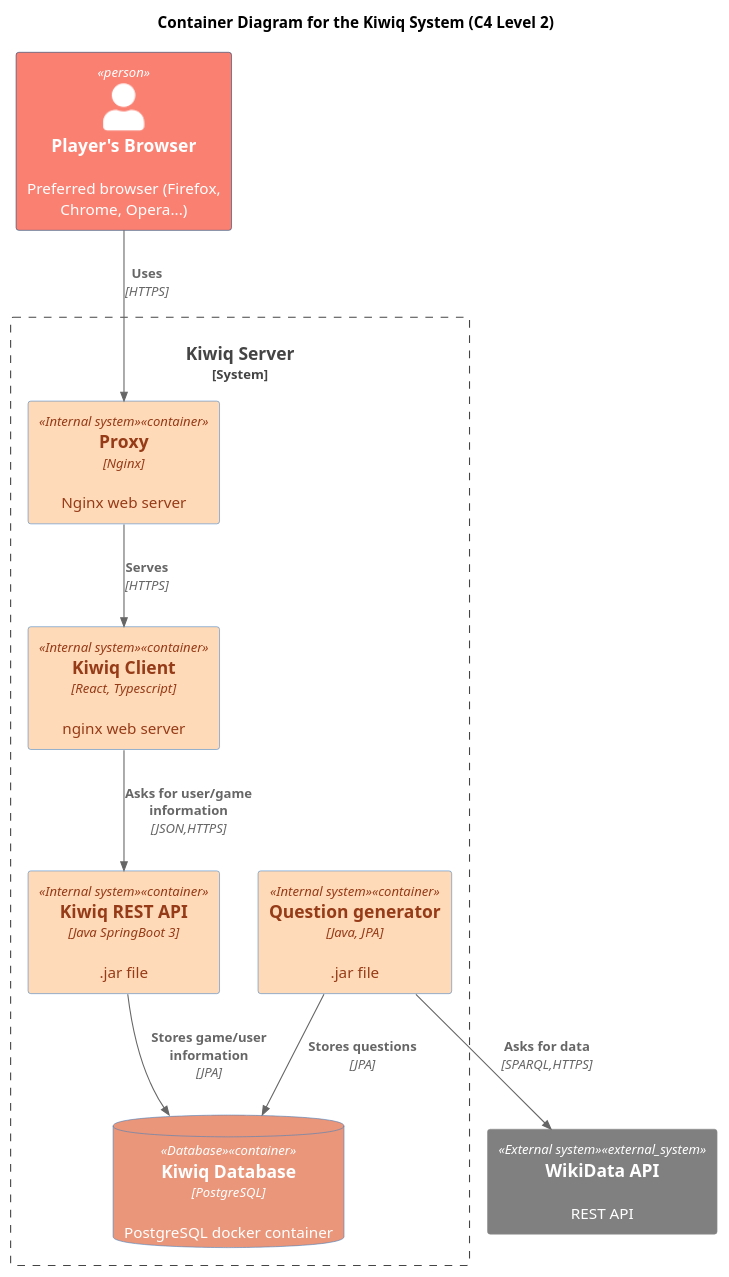
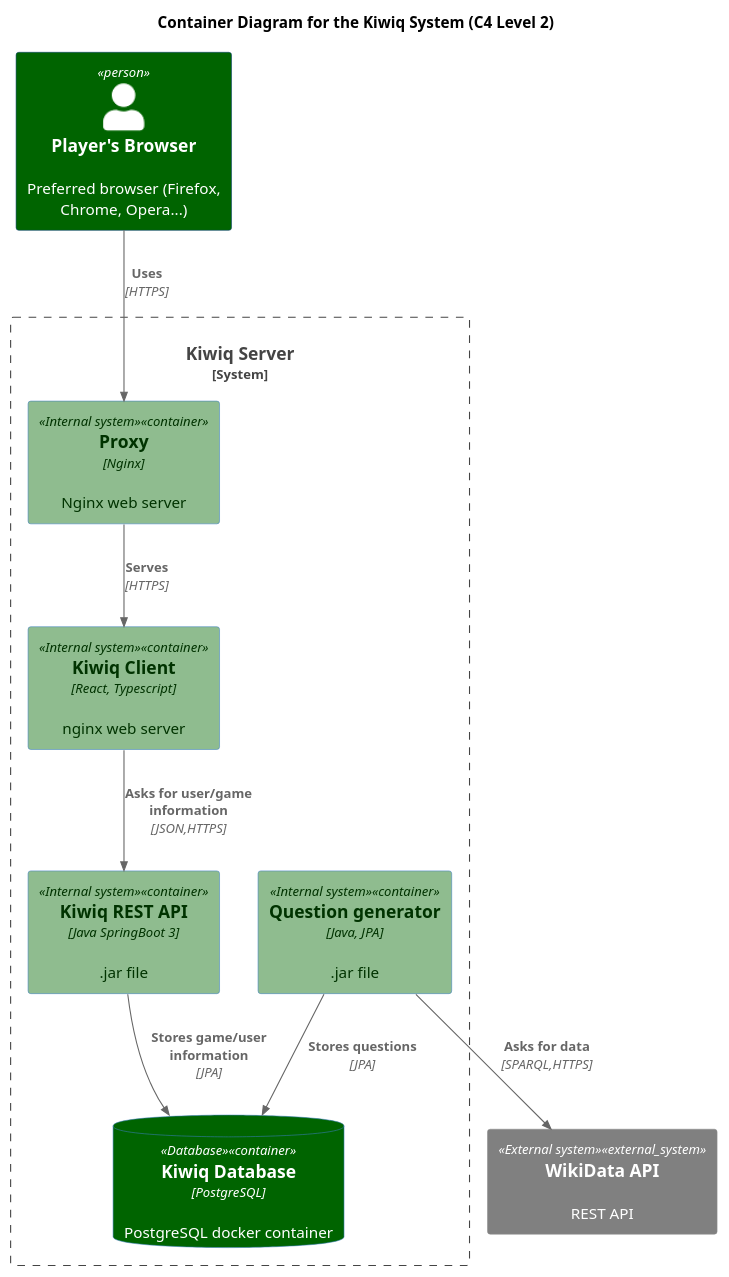
The diagram in docs/diagrams/c4/C4-Level2.puml (Arquisoft/wiq_en2b), drawn with PlantUML before and after one commit. The commit also changed 1 other file, not shown here.

```diff
--- a/docs/diagrams/c4/C4-Level2.puml
+++ b/docs/diagrams/c4/C4-Level2.puml
@@ -1,31 +1,32 @@
 @startuml
 !includeurl https://raw.githubusercontent.com/RicardoNiepel/C4-PlantUML/master/C4_Container.puml
 !include <c4/C4_Context.puml>
 
 title Container Diagram for the Kiwiq System (C4 Level 2)
-AddElementTag("Person", $bgColor="#salmon", $fontColor="#white")
-AddElementTag("Internal system", $bgColor="#peachpuff", $fontColor="#963b17")
+AddElementTag("Person", $bgColor="#darkgreen", $fontColor="#white")
+AddElementTag("Internal system", $bgColor="#darkseagreen", $fontColor="#003300")
 AddElementTag("External system", $bgColor="#gray", $fontColor="#white")
-AddElementTag("Database", $bgColor="#darksalmon", $fontColor="#white")
+AddElementTag("Database", $bgColor="#darkgreen", $fontColor="#white")
+AddElementTag("Component", $bgColor="#darkolivegreen", $fontColor="#white")
 'Containers
 Person(player, Player's Browser,"Preferred browser (Firefox, Chrome, Opera...)")
 
 System_Boundary(wiq,"Kiwiq Server"){
     Container(proxy,"Proxy","Nginx","Nginx web server", $tags="Internal system")
     Container(web_app, "Kiwiq Client", "React, Typescript", "nginx web server", $tags="Internal system")
     Container(backend_api, "Kiwiq REST API","Java SpringBoot 3",".jar file", $tags="Internal system")
     Container(question_generator,"Question generator","Java, JPA",".jar file",$tags="Internal system")
     ContainerDb(database,"Kiwiq Database","PostgreSQL","PostgreSQL docker container", $tags="Database")
 }
 System_Ext(wikidata,"WikiData API","REST API", $tags="External system")
 
 'RELATIONS
 Rel(player,proxy,"Uses","HTTPS")
 Rel(proxy,web_app,"Serves","HTTPS")
 Rel(question_generator,wikidata,"Asks for data","SPARQL,HTTPS")
 Rel(web_app,backend_api,"Asks for user/game information","JSON,HTTPS")
 Rel(question_generator, database,"Stores questions ","JPA")
 Rel(backend_api,database,"Stores game/user information","JPA")
 
 
 @enduml
```
